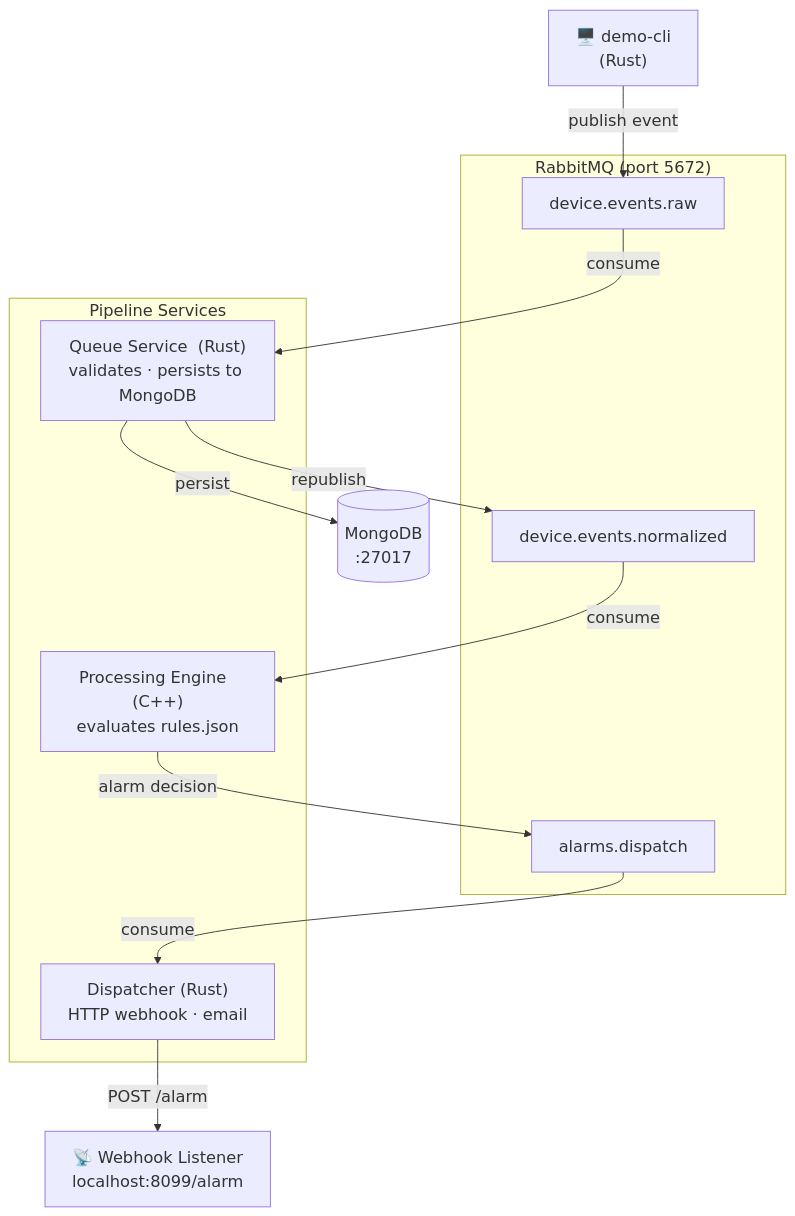
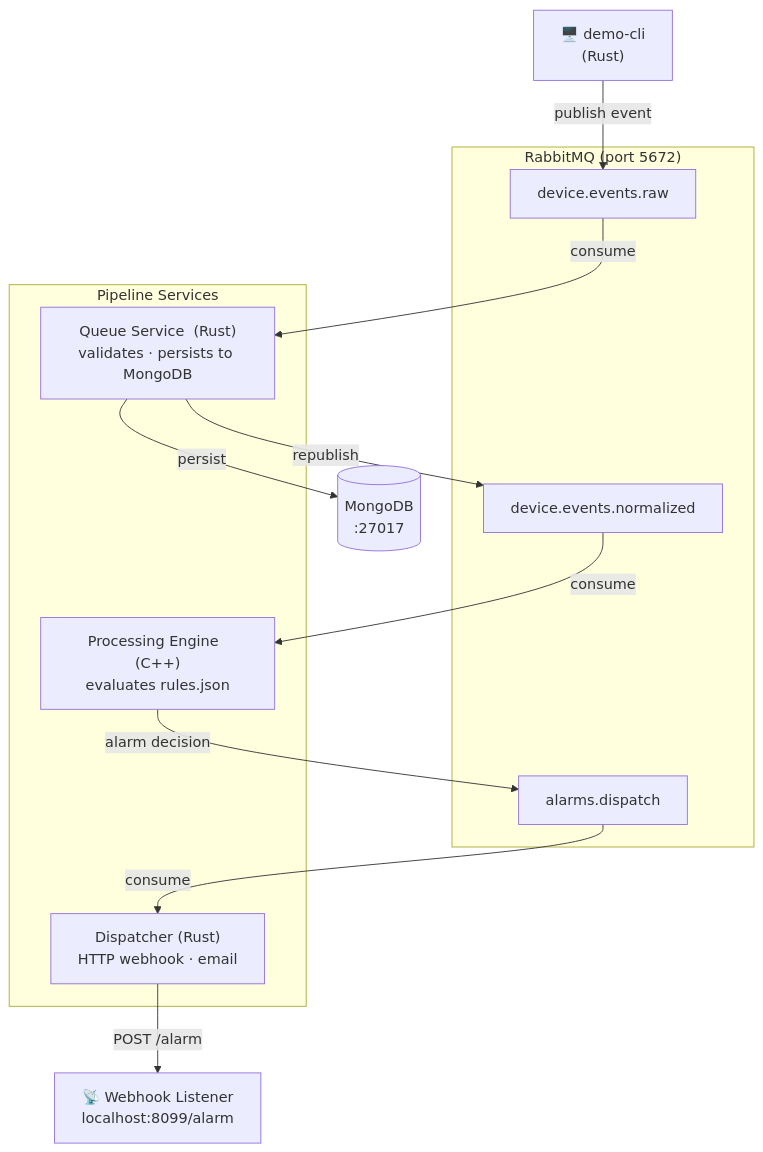
The first of 2 diagrams in docs/flow.md (arosenfeld2003/qwasar-nervous-system), drawn with Mermaid before and after one commit. The commit also changed other lines of this file, not shown here.

Commit message:
Remove Mermaid init directive — breaks rendering in Zed

````diff
--- a/docs/flow.md
+++ b/docs/flow.md
@@ -5,29 +5,28 @@
 ```mermaid
-%%{init: {"theme": "default", "themeVariables": {"fontSize": "18px"}}}%%
 flowchart TD
     CLI["🖥️  demo-cli\n(Rust)"]
 
     subgraph BROKER["RabbitMQ  (port 5672)"]
         RAW["device.events.raw"]
         NORM["device.events.normalized"]
         AQ["alarms.dispatch"]
     end
 
     subgraph SERVICES["Pipeline Services"]
         Q["Queue Service  (Rust)\nvalidates · persists to MongoDB"]
         PE["Processing Engine  (C++)\nevaluates rules.json"]
         D["Dispatcher  (Rust)\nHTTP webhook · email"]
     end
 
     DB[("MongoDB\n:27017")]
     WH["📡 Webhook Listener\nlocalhost:8099/alarm"]
 
     CLI -->|"publish event"| RAW
     RAW -->|"consume"| Q
     Q -->|"persist"| DB
     Q -->|"republish"| NORM
     NORM -->|"consume"| PE
     PE -->|"alarm decision"| AQ
     AQ -->|"consume"| D
     D -->|"POST /alarm"| WH
 ```
````
